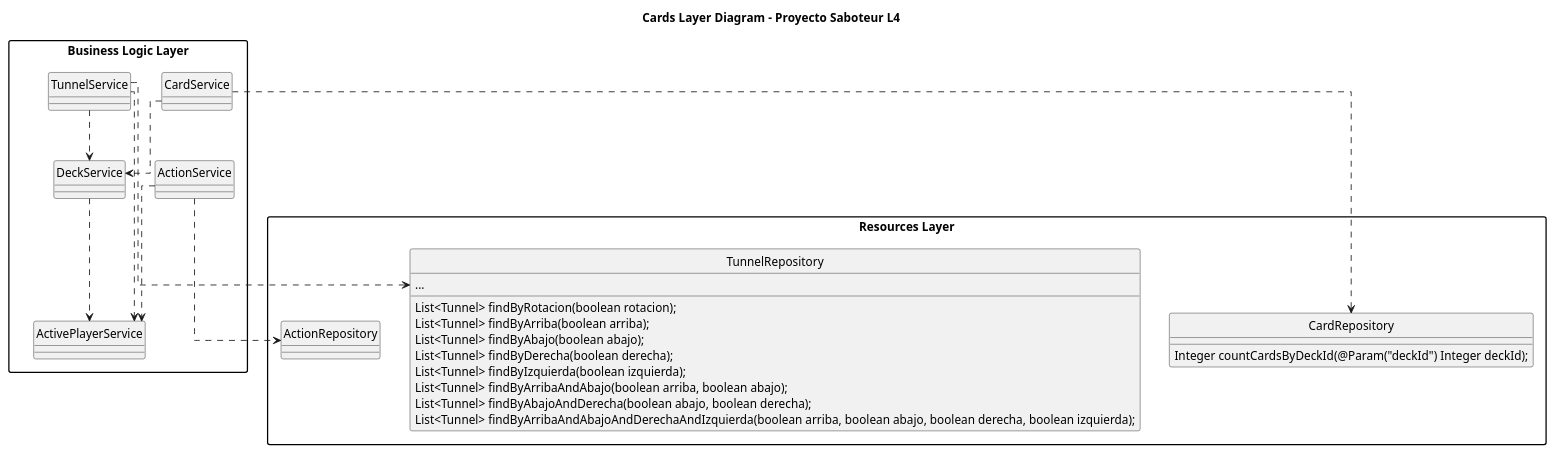
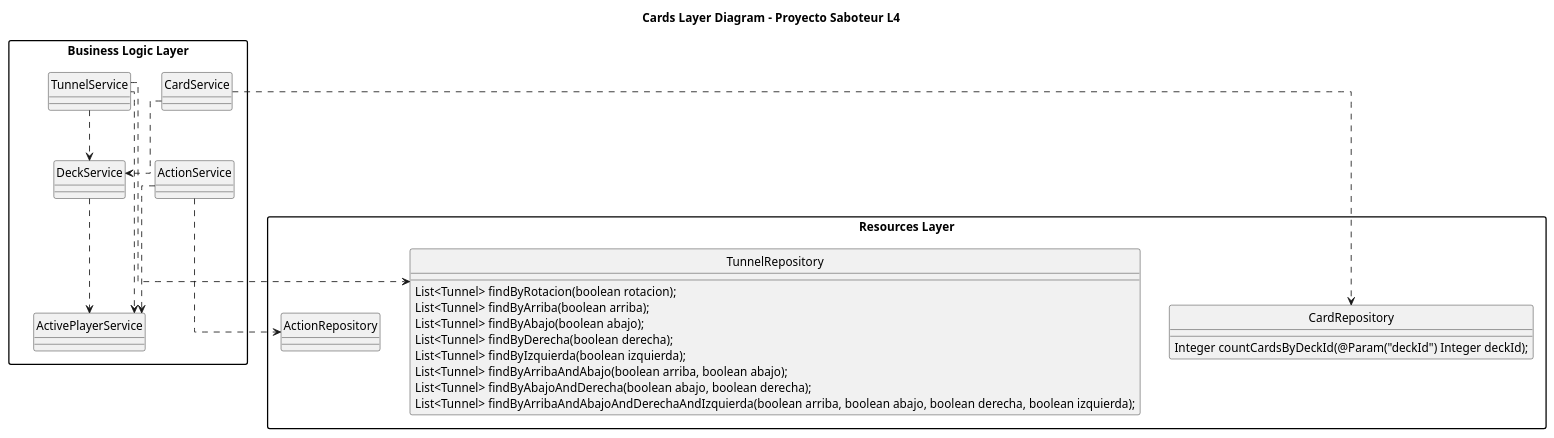
The diagram in docs/diagrams/CardLayerUMLPackageDiagram.iuml (gii-is-DP1/dp1-2025-2026-l4-4-25-public), drawn with PlantUML before and after one commit.

```diff
--- a/docs/diagrams/CardLayerUMLPackageDiagram.iuml
+++ b/docs/diagrams/CardLayerUMLPackageDiagram.iuml
@@ -1,47 +1,46 @@
 @startuml
 
 hide circle
 
 title Cards Layer Diagram - Proyecto Saboteur L4
 skinparam packageStyle rectangle
 skinparam linetype ortho
 skinparam shadowing false
 
 
 package "Business Logic Layer" {
  class ActivePlayerService
 class TunnelService
 class CardService
 class ActionService
 class DeckService
 
 }
 
 package "Resources Layer" {
 class CardRepository  {
 Integer countCardsByDeckId(@Param("deckId") Integer deckId);
     }
 class ActionRepository {
 }
 class TunnelRepository {
     List<Tunnel> findByRotacion(boolean rotacion);
     List<Tunnel> findByArriba(boolean arriba);
     List<Tunnel> findByAbajo(boolean abajo);
     List<Tunnel> findByDerecha(boolean derecha);
     List<Tunnel> findByIzquierda(boolean izquierda);
     List<Tunnel> findByArribaAndAbajo(boolean arriba, boolean abajo);
     List<Tunnel> findByAbajoAndDerecha(boolean abajo, boolean derecha);
     List<Tunnel> findByArribaAndAbajoAndDerechaAndIzquierda(boolean arriba, boolean abajo, boolean derecha, boolean izquierda);
-...
 }
 }
 
 TunnelService ..> ActivePlayerService
 TunnelService ..> DeckService
 CardService ..> DeckService
 TunnelService ..> TunnelRepository
 CardService ..> CardRepository
 ActionService ..> ActionRepository
 ActionService ..> ActivePlayerService
 DeckService ..> ActivePlayerService
 @enduml 
```
